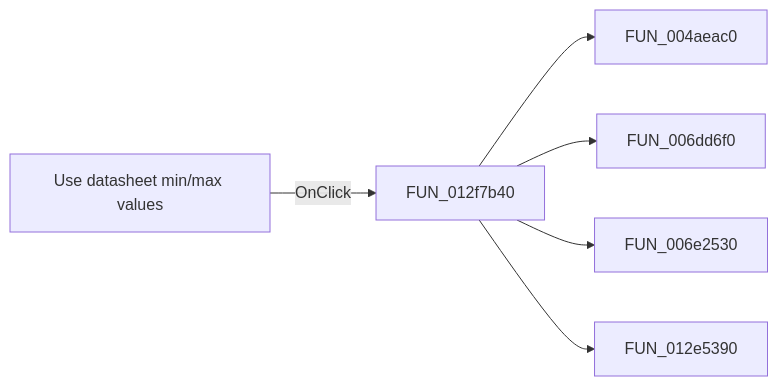
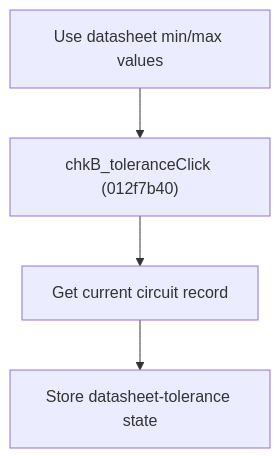
The diagram in docs/ui-controls/frmmodeltestbencheditor/chkb-tolerance-dbdc26a8c3.md (MovGP0/TIARA), drawn with Mermaid before and after one commit. The commit also changed other lines of this file and 387 other files, not shown here.

````diff
--- a/docs/ui-controls/frmmodeltestbencheditor/chkb-tolerance-dbdc26a8c3.md
+++ b/docs/ui-controls/frmmodeltestbencheditor/chkb-tolerance-dbdc26a8c3.md
@@ -27,8 +28,6 @@
 ```mermaid
-flowchart LR
-    control["Use datasheet min/max values"] -->|OnClick| handler["FUN_012f7b40"]
-    handler --> call1["FUN_004aeac0"]
-    handler --> call2["FUN_006dd6f0"]
-    handler --> call3["FUN_006e2530"]
-    handler --> call4["FUN_012e5390"]
+flowchart TD
+    control["Use datasheet min/max values"] --> handler["chkB_toleranceClick (012f7b40)"]
+    handler --> record["Get current circuit record"]
+    record --> state["Store datasheet-tolerance state"]
 ```
````
